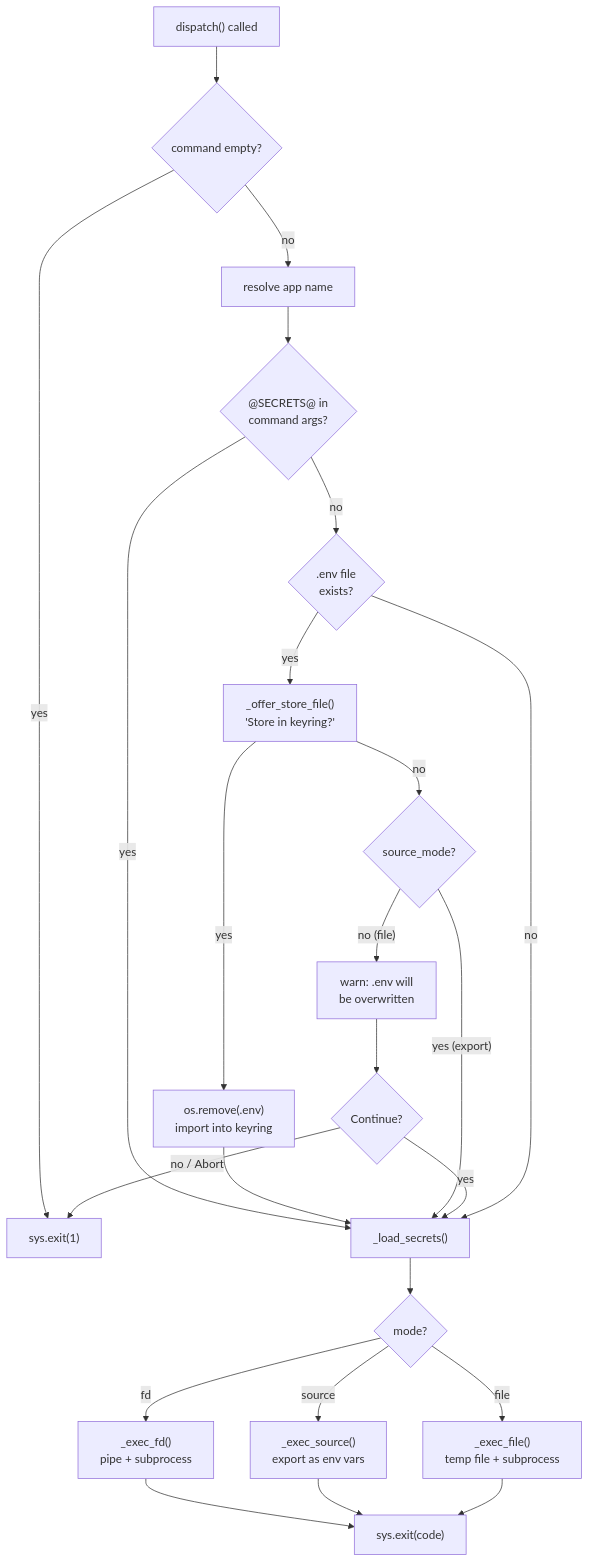
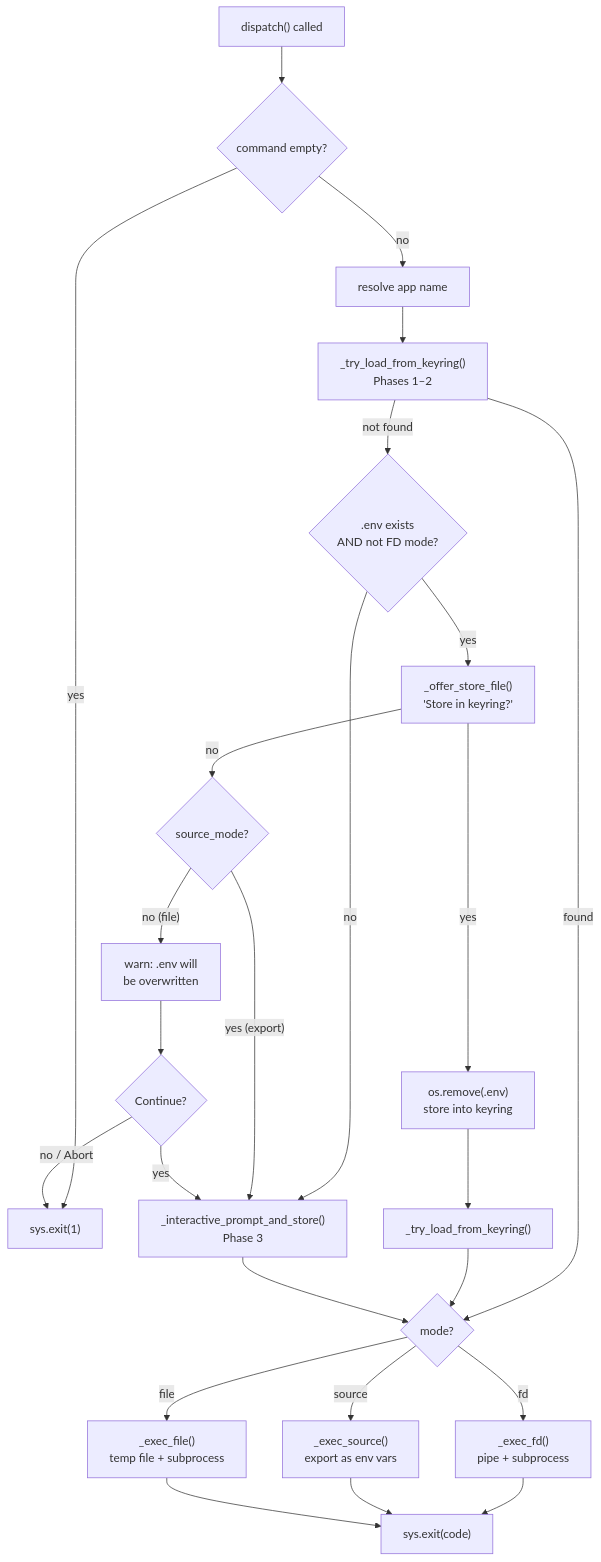
One commit to hugobatista/kleys changed the fifth of 6 diagrams in docs/ARCHITECT.md. Above: the diagram before and after it, drawn with Mermaid. The commit also changed other lines of this file and 3 other files, not shown here.

Commit message:
fix: enhance secret loading process with keyring lookup and interactive prompt

````diff
--- a/docs/ARCHITECT.md
+++ b/docs/ARCHITECT.md
@@ -109,28 +109,30 @@
 ```mermaid
 flowchart TD
     Start["dispatch() called"] --> CmdCheck{"command empty?"}
     CmdCheck -- yes --> Exit1["sys.exit(1)"]
     CmdCheck -- no --> ResolveApp["resolve app name"]
-    ResolveApp --> FDCheck{"@SECRETS@ in<br/>command args?"}
-    FDCheck -- yes --> LoadSecrets["_load_secrets()"]
-    FDCheck -- no --> EnvExists{".env file<br/>exists?"}
-    EnvExists -- yes --> OfferImport["_offer_store_file()<br/>'Store in keyring?'"]
-    OfferImport -- "yes" --> RemoveEnv["os.remove(.env)<br/>import into keyring"]
+    ResolveApp --> TryLoad["_try_load_from_keyring()<br/>Phases 1–2"]
+    TryLoad -- "found" --> ModeSelect
+    TryLoad -- "not found" --> CanImport{".env exists<br/>AND not FD mode?"}
+    CanImport -- no --> PromptStore["_interactive_prompt_and_store()<br/>Phase 3"]
+    CanImport -- yes --> OfferImport["_offer_store_file()<br/>'Store in keyring?'"]
+    OfferImport -- "yes" --> RemoveEnv["os.remove(.env)<br/>store into keyring"]
     OfferImport -- "no" --> OverwriteCheck{"source_mode?"}
-    RemoveEnv --> LoadSecrets
-    OverwriteCheck -- "yes (export)" --> LoadSecrets
+    RemoveEnv --> RetryLoad["_try_load_from_keyring()"]
+    RetryLoad --> ModeSelect
+    OverwriteCheck -- "yes (export)" --> PromptStore
     OverwriteCheck -- "no (file)" --> WarnOverwrite["warn: .env will<br/>be overwritten"]
     WarnOverwrite --> ConfirmOverwrite{"Continue?"}
     ConfirmOverwrite -- "no / Abort" --> Exit1
-    ConfirmOverwrite -- "yes" --> LoadSecrets
-    EnvExists -- no --> LoadSecrets
+    ConfirmOverwrite -- "yes" --> PromptStore
+    PromptStore --> ModeSelect
 
-    LoadSecrets --> ModeSelect{"mode?"}
+    ModeSelect{"mode?"}
     ModeSelect -- "fd" --> ExecFD["_exec_fd()<br/>pipe + subprocess"]
     ModeSelect -- "source" --> ExecSource["_exec_source()<br/>export as env vars"]
     ModeSelect -- "file" --> ExecFile["_exec_file()<br/>temp file + subprocess"]
 
     ExecFD --> Done["sys.exit(code)"]
     ExecSource --> Done
     ExecFile --> Done
 ```
````
